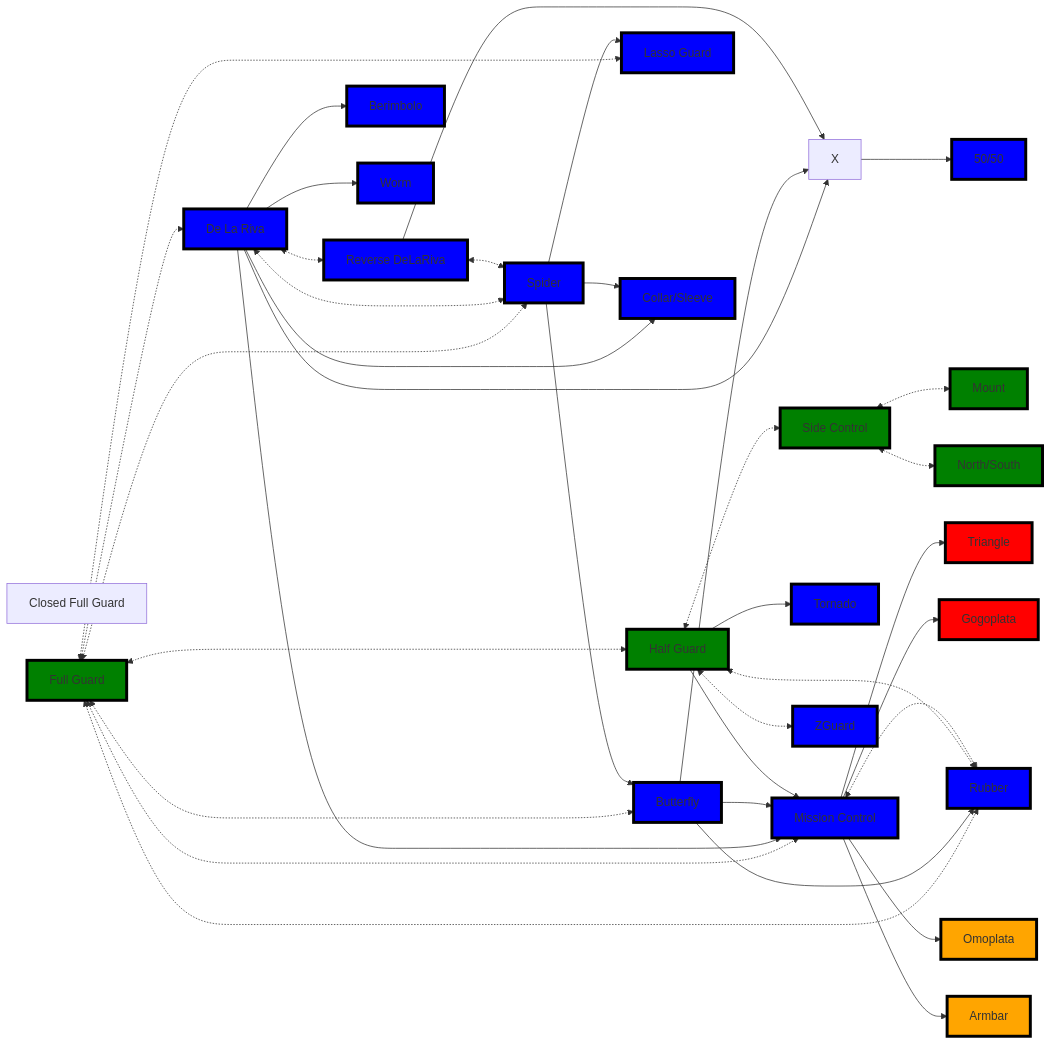
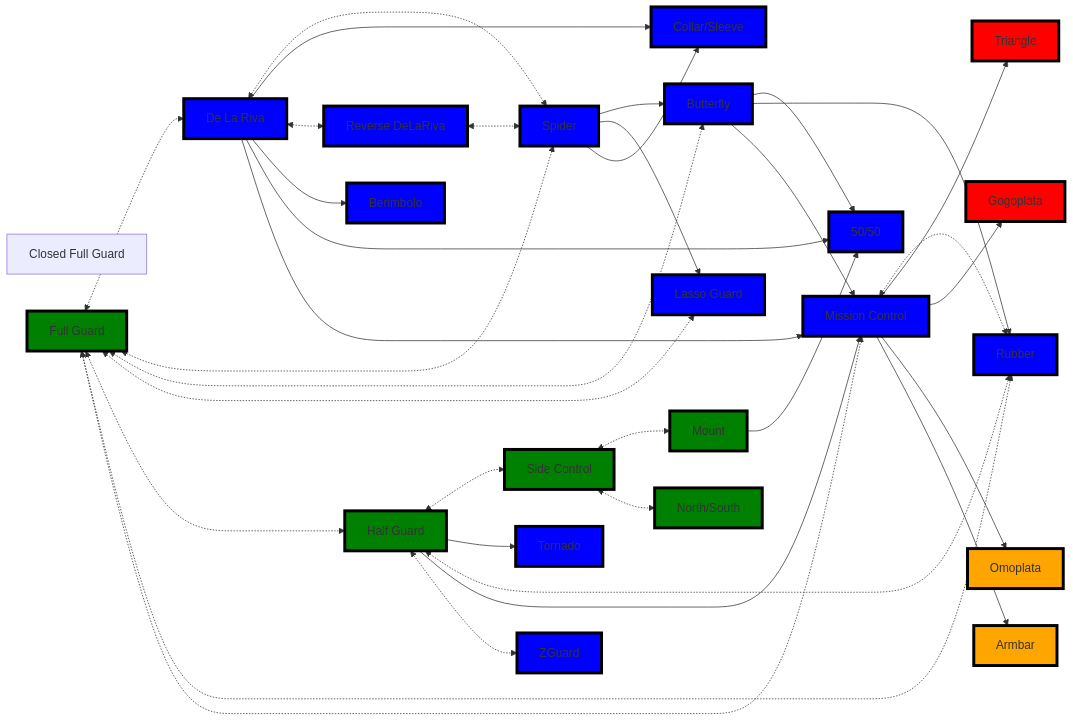
One commit to jacgit18/DevHiveMind changed the diagram in _Fitness/MMA/Untitled.md. Above: the diagram before and after it, drawn with Mermaid. The commit also changed 1 other file, not shown here.

Commit message:
M "_Fitness/MMA/Guards Directory.md"  M _Fitness/MMA/Untitled.md

```diff
--- a/_Fitness/MMA/Untitled.md
+++ b/_Fitness/MMA/Untitled.md
@@ -7,7 +7,6 @@
     C[Spider]
     D[Butterfly]
     E[Lasso Guard]
-    F[X]
 	G[Collar/Sleeve]
 	H[Half Guard] 
 	I[Side Control] 
@@ -16,7 +15,6 @@
 	L[Reverse DeLaRiva] 
 	M[Berimbolo]
 	N[50/50]
-	O[Worm]
 	P[Tornado]
 	Q[Rubber]
 	R[Mission Control]
@@ -35,27 +33,30 @@
     A <-.-> Q
     A <-.-> R
     B <-.-> C
-    B --> F
+
     B --> G
     B <-.-> L
     B --> M
-    B --> O
+    B --> N
+
     B --> R
     C --> D
     C --> E
     C --> G
-	D --> F
+
+	D --> N
 	D --> Q
 	D --> R
-	F --> N
+
 	H <-.-> I
 	H --> P
 	H <-.-> Q 
 	H --> R
 	H <-.-> Z
 	I <-.-> J
+	J --> N
 	L <-.-> C
-	L --> F
+
 	I <-.-> K
 	R <-.-> Q 
 	R --> 1
@@ -89,8 +90,6 @@
 
 style N fill:blue,stroke:black,stroke-width:4px,shadow:shadow
 
-style O fill:blue,stroke:black,stroke-width:4px,shadow:shadow
-
 style P fill:blue,stroke:black,stroke-width:4px,shadow:shadow
 
 style Q fill:blue,stroke:black,stroke-width:4px,shadow:shadow
```
